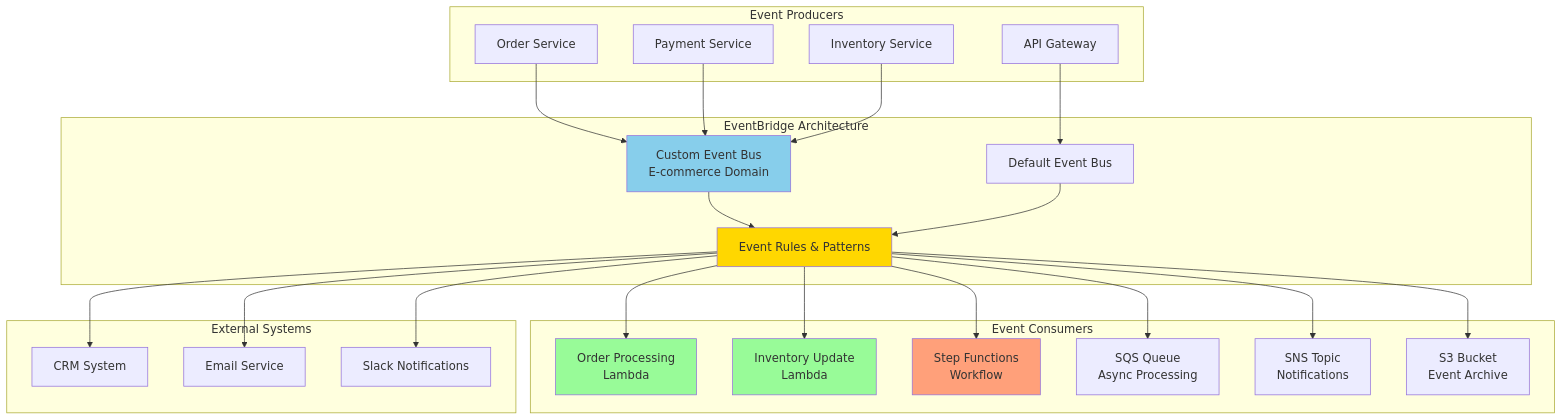
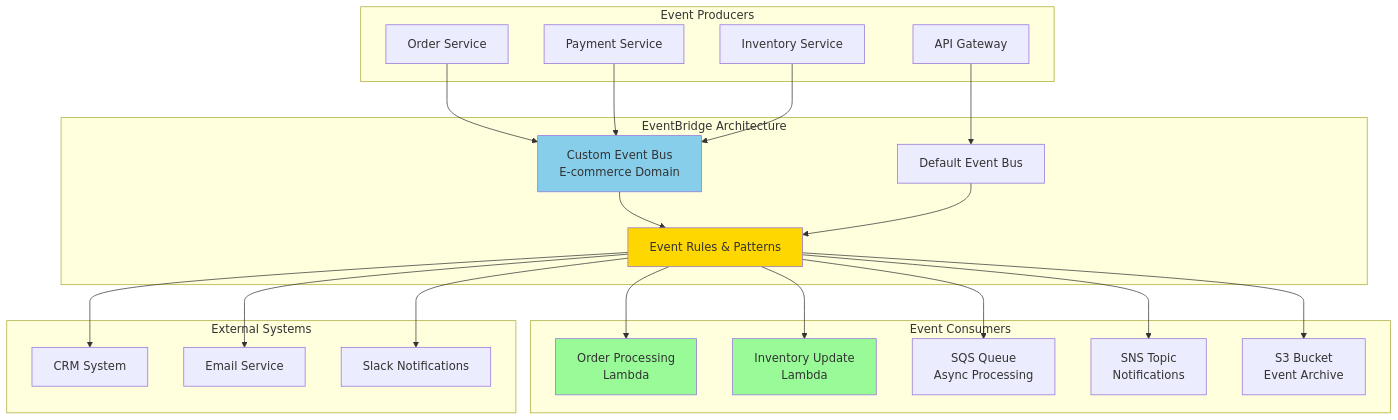
The diagram in aws/eventbridge-microservices/eventbridge-microservices.md (mzazon/awesome-cloud-projects), drawn with Mermaid before and after one commit. The commit also changed other lines of this file and 5581 other files, not shown here.

````diff
--- a/aws/eventbridge-microservices/eventbridge-microservices.md
+++ b/aws/eventbridge-microservices/eventbridge-microservices.md
@@ -28,54 +30,51 @@
 ```mermaid
 graph TB
     subgraph "Event Producers"
         ORDER[Order Service]
         PAYMENT[Payment Service]
         INVENTORY[Inventory Service]
         API[API Gateway]
     end
     
     subgraph "EventBridge Architecture"
         DEFAULT[Default Event Bus]
         CUSTOM[Custom Event Bus<br/>E-commerce Domain]
         RULES[Event Rules & Patterns]
     end
     
     subgraph "Event Consumers"
         LAMBDA1[Order Processing<br/>Lambda]
         LAMBDA2[Inventory Update<br/>Lambda]
-        STEP[Step Functions<br/>Workflow]
         SQS[SQS Queue<br/>Async Processing]
         SNS[SNS Topic<br/>Notifications]
         S3[S3 Bucket<br/>Event Archive]
     end
     
     subgraph "External Systems"
         CRM[CRM System]
         EMAIL[Email Service]
         SLACK[Slack Notifications]
     end
     
     ORDER --> CUSTOM
     PAYMENT --> CUSTOM
     INVENTORY --> CUSTOM
     API --> DEFAULT
     
     CUSTOM --> RULES
     DEFAULT --> RULES
     
     RULES --> LAMBDA1
     RULES --> LAMBDA2
-    RULES --> STEP
     RULES --> SQS
     RULES --> SNS
     RULES --> S3
     RULES --> CRM
     RULES --> EMAIL
     RULES --> SLACK
     
     style CUSTOM fill:#87CEEB
     style RULES fill:#FFD700
     style LAMBDA1 fill:#98FB98
     style LAMBDA2 fill:#98FB98
-    style STEP fill:#FFA07A
 ```
````
